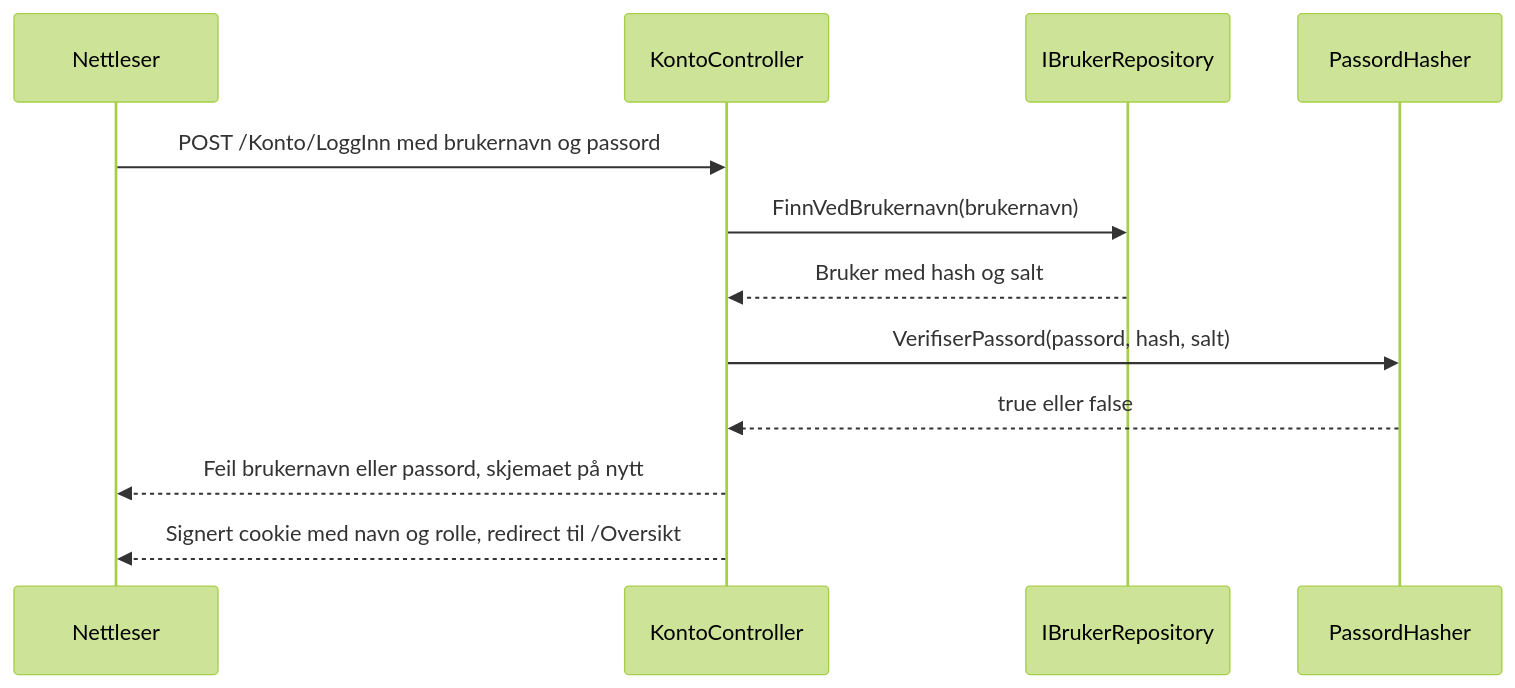
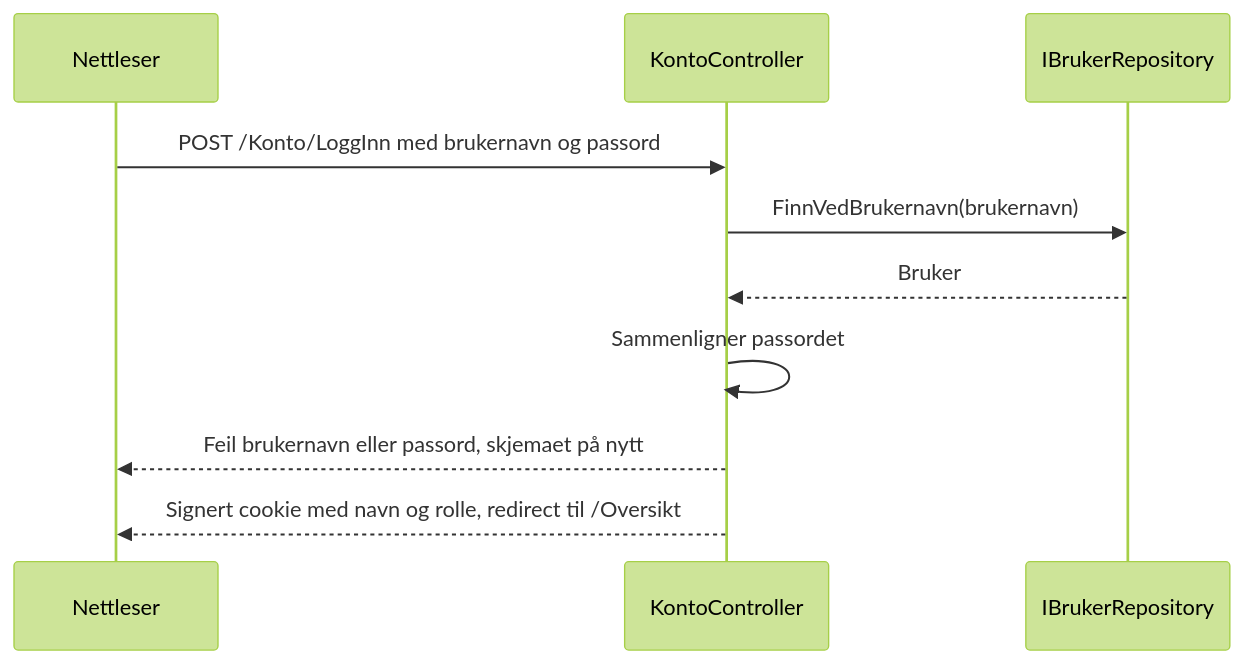
One commit to thilomoi05/Prosjekt_host_1 changed the third of 6 diagrams in docs/arkitektur.md. Above: the diagram before and after it, drawn with Mermaid (forest theme). The commit also changed other lines of this file and 6 other files, not shown here.

Commit message:
Fjerner manuell passord hashing og legger til dokumentasjon i readme og akitektur.md for hvorfor den er fjernet

````diff
--- a/docs/arkitektur.md
+++ b/docs/arkitektur.md
@@ -182,15 +184,13 @@
 ```mermaid
 sequenceDiagram
     participant N as Nettleser
     participant K as KontoController
     participant R as IBrukerRepository
-    participant H as PassordHasher
 
     N->>K: POST /Konto/LoggInn med brukernavn og passord
     K->>R: FinnVedBrukernavn(brukernavn)
-    R-->>K: Bruker med hash og salt
-    K->>H: VerifiserPassord(passord, hash, salt)
-    H-->>K: true eller false
+    R-->>K: Bruker
+    K->>K: Sammenligner passordet
     K-->>N: Feil brukernavn eller passord, skjemaet på nytt
     K-->>N: Signert cookie med navn og rolle, redirect til /Oversikt
 ```
````
